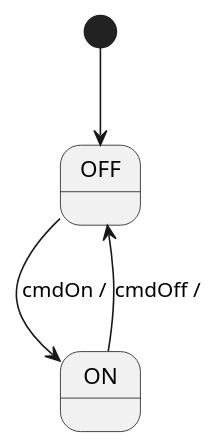
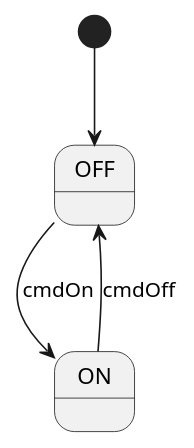
Before and after one commit to nasa/fpp: the diagram in docs/users-guide/diagrams/state-machine/Basic.puml, drawn with PlantUML. The commit also changed 16 other files, not shown here.

Commit message:
Revise state machine diagrams

```diff
--- a/docs/users-guide/diagrams/state-machine/Basic.puml
+++ b/docs/users-guide/diagrams/state-machine/Basic.puml
@@ -1,12 +1,12 @@
 @startuml
 
 [*] --> OFF
 
 state OFF
 
 state ON
 
-OFF --> ON : cmdOn /
-ON --> OFF : cmdOff /
+OFF --> ON : cmdOn
+ON --> OFF : cmdOff
 
 @enduml
```
